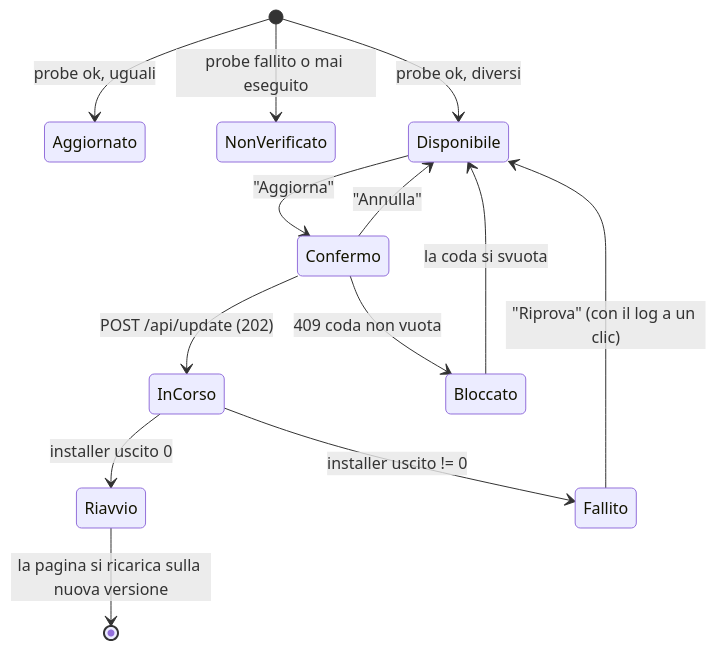
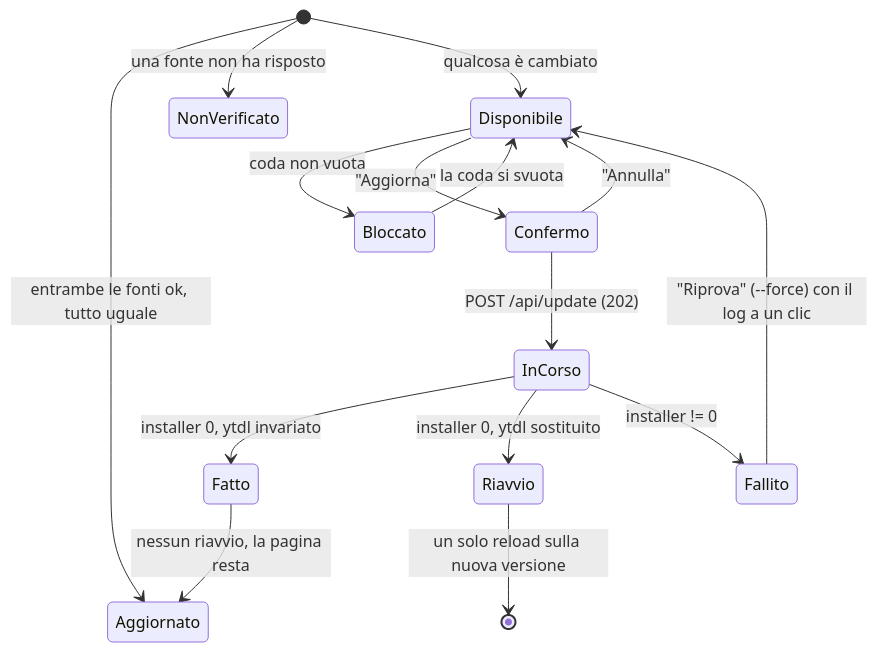
One commit to alergyonthestage/ytdl changed the third of 4 diagrams in docs/design-cycle6plus-update.md. Above: the diagram before and after it, drawn with Mermaid. The commit also changed other lines of this file and 2 other files, not shown here.

````diff
--- a/docs/design-cycle6plus-update.md
+++ b/docs/design-cycle6plus-update.md
@@ -265,15 +344,17 @@
 ```mermaid
 stateDiagram-v2
-  [*] --> Aggiornato: probe ok, uguali
-  [*] --> NonVerificato: probe fallito o mai eseguito
-  [*] --> Disponibile: probe ok, diversi
+  [*] --> Aggiornato: entrambe le fonti ok, tutto uguale
+  [*] --> NonVerificato: una fonte non ha risposto
+  [*] --> Disponibile: qualcosa è cambiato
+  Disponibile --> Bloccato: coda non vuota
+  Bloccato --> Disponibile: la coda si svuota
   Disponibile --> Confermo: "Aggiorna"
   Confermo --> Disponibile: "Annulla"
   Confermo --> InCorso: POST /api/update (202)
-  Confermo --> Bloccato: 409 coda non vuota
-  Bloccato --> Disponibile: la coda si svuota
-  InCorso --> Riavvio: installer uscito 0
-  InCorso --> Fallito: installer uscito != 0
-  Riavvio --> [*]: la pagina si ricarica sulla nuova versione
-  Fallito --> Disponibile: "Riprova" (con il log a un clic)
+  InCorso --> Fatto: installer 0, ytdl invariato
+  InCorso --> Riavvio: installer 0, ytdl sostituito
+  InCorso --> Fallito: installer != 0
+  Fatto --> Aggiornato: nessun riavvio, la pagina resta
+  Riavvio --> [*]: un solo reload sulla nuova versione
+  Fallito --> Disponibile: "Riprova" (--force) con il log a un clic
 ```
````
